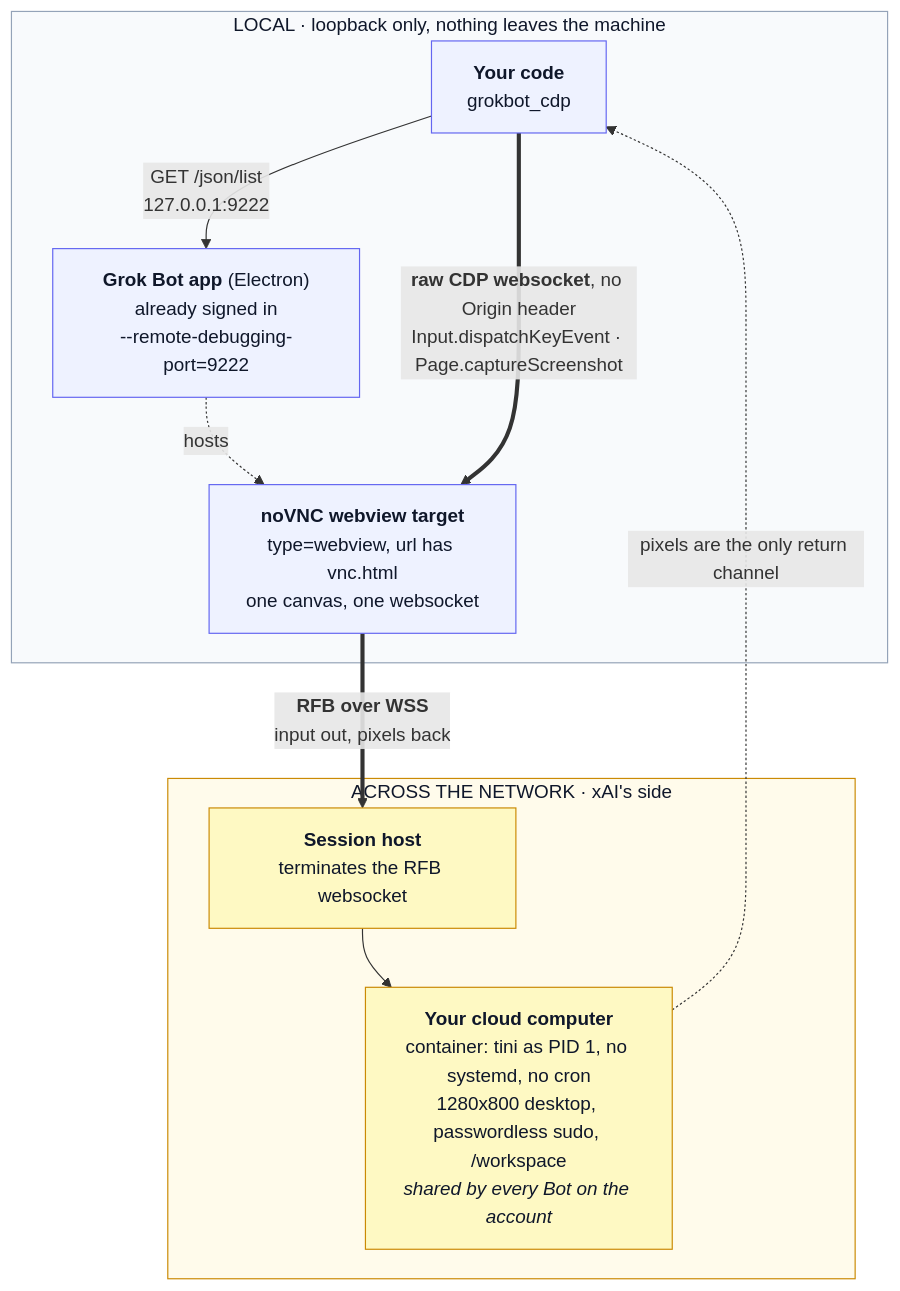
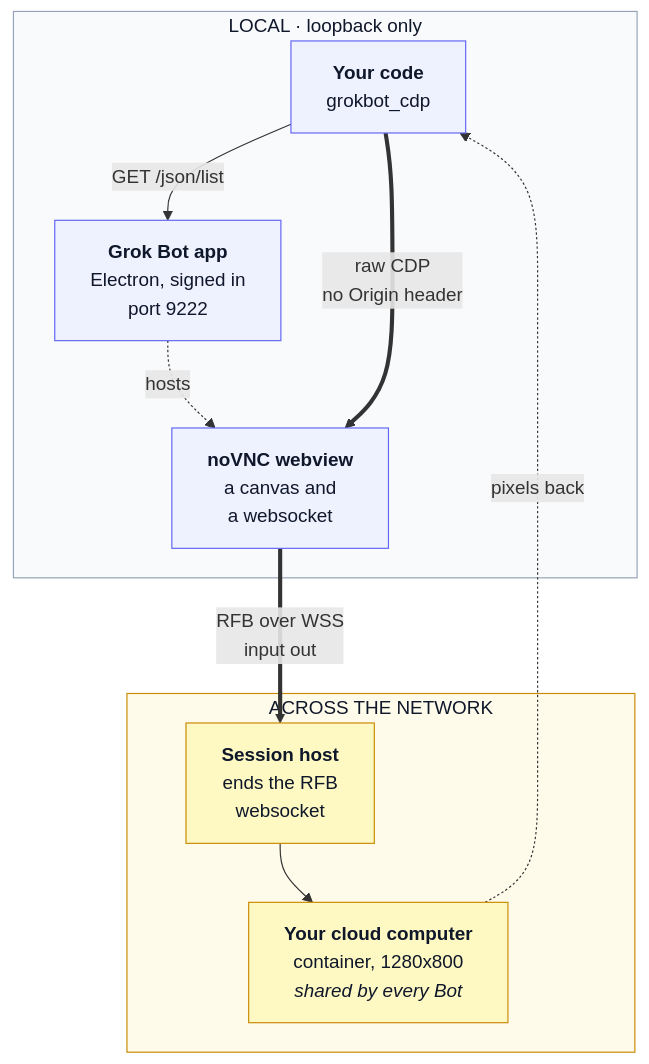
Before and after one commit to DaizeDong/grokbot-cdp: the diagram in README.md, drawn with Mermaid. The commit also changed other lines of this file, not shown here.

Commit message:
Shorten diagram labels so GitHub does not crop them
Claude-Session: https://claude.ai/code/session_017JqRDyQZa1TrAwxqf1t4uY

````diff
--- a/README.md
+++ b/README.md
@@ -46,26 +49,26 @@
 ```mermaid
 flowchart TB
-  subgraph L["LOCAL &middot; loopback only, nothing leaves the machine"]
+  subgraph L["LOCAL &middot; loopback only"]
     code["<b>Your code</b><br/>grokbot_cdp"]
-    app["<b>Grok Bot app</b> (Electron)<br/>already signed in<br/>--remote-debugging-port=9222"]
-    wv["<b>noVNC webview target</b><br/>type=webview, url has vnc.html<br/>one canvas, one websocket"]
+    app["<b>Grok Bot app</b><br/>Electron, signed in<br/>port 9222"]
+    wv["<b>noVNC webview</b><br/>a canvas and<br/>a websocket"]
   end
-  subgraph R["ACROSS THE NETWORK &middot; xAI's side"]
-    host["<b>Session host</b><br/>terminates the RFB websocket"]
-    box["<b>Your cloud computer</b><br/>container: tini as PID 1, no systemd, no cron<br/>1280x800 desktop, passwordless sudo, /workspace<br/><i>shared by every Bot on the account</i>"]
+  subgraph R["ACROSS THE NETWORK"]
+    host["<b>Session host</b><br/>ends the RFB<br/>websocket"]
+    box["<b>Your cloud computer</b><br/>container, 1280x800<br/><i>shared by every Bot</i>"]
   end
 
-  code -->|"GET /json/list<br/>127.0.0.1:9222"| app
+  code -->|"GET /json/list"| app
   app -.->|"hosts"| wv
-  code ==>|"<b>raw CDP websocket</b>, no Origin header<br/>Input.dispatchKeyEvent &middot; Page.captureScreenshot"| wv
-  wv ==>|"<b>RFB over WSS</b><br/>input out, pixels back"| host
+  code ==>|"raw CDP<br/>no Origin header"| wv
+  wv ==>|"RFB over WSS<br/>input out"| host
   host --> box
-  box -.->|"pixels are the only return channel"| code
+  box -.->|"pixels back"| code
 
   classDef local fill:#eef2ff,stroke:#6366f1,color:#0f172a;
   classDef net fill:#fef9c3,stroke:#ca8a04,color:#0f172a;
   class code,app,wv local;
   class host,box net;
   style L fill:#f8fafc,stroke:#94a3b8,color:#0f172a
   style R fill:#fffbeb,stroke:#ca8a04,color:#0f172a
 ```
````
